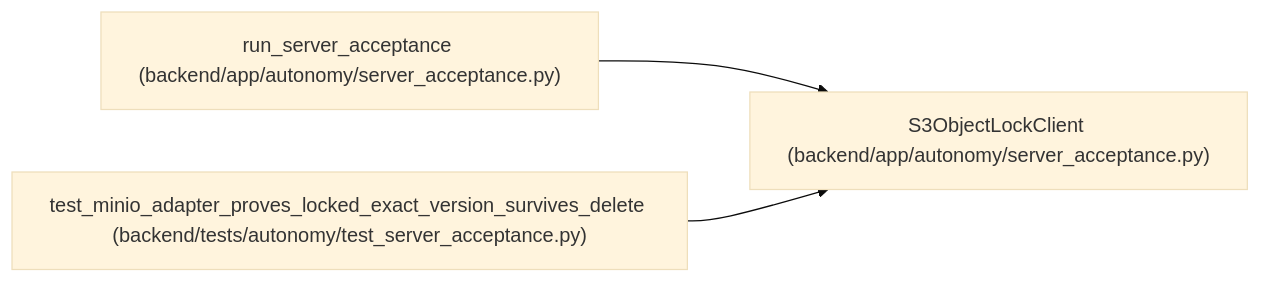
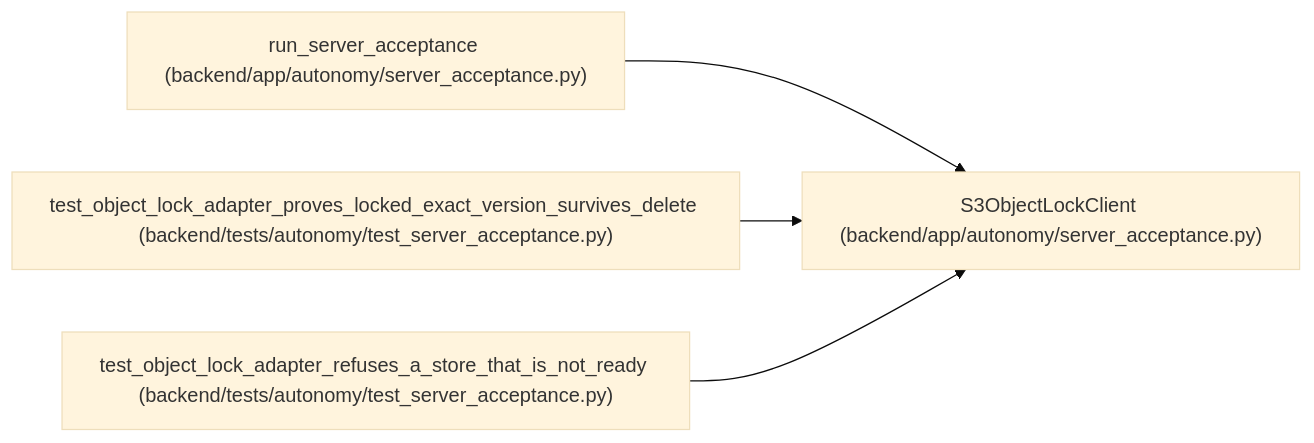
Before and after one commit to Denissvgn/WorkChord: the diagram in docs/llm_wiki/entities/S3ObjectLockClient.md, drawn with Mermaid (base theme). The commit also changed other lines of this file and 1420 other files, not shown here.

First line of the commit message:
Refresh the architectural wiki for the 1.10.0 changes

````diff
--- a/docs/llm_wiki/entities/S3ObjectLockClient.md
+++ b/docs/llm_wiki/entities/S3ObjectLockClient.md
@@ -29,11 +29,14 @@
 ```mermaid
 flowchart LR
     n0["S3ObjectLockClient (backend/app/autonomy/server_acceptance.py)"]
     n1["run_server_acceptance (backend/app/autonomy/server_acceptance.py)"]
-    n2["test_minio_adapter_proves_locked_exact_version_survives_delete (backend/tests/autonomy/test_server_acceptance.py)"]
+    n2["test_object_lock_adapter_proves_locked_exact_version_survives_delete (backend/tests/autonomy/test_server_acceptance.py)"]
+    n3["test_object_lock_adapter_refuses_a_store_that_is_not_ready (backend/tests/autonomy/test_server_acceptance.py)"]
     n1 --> n0
     n2 --> n0
+    n3 --> n0
     click n0 "../modules/autonomy_server_acceptance.md"
     click n1 "../modules/autonomy_server_acceptance.md"
     click n2 "../modules/test_server_acceptance.md"
+    click n3 "../modules/test_server_acceptance.md"
 ```
````
